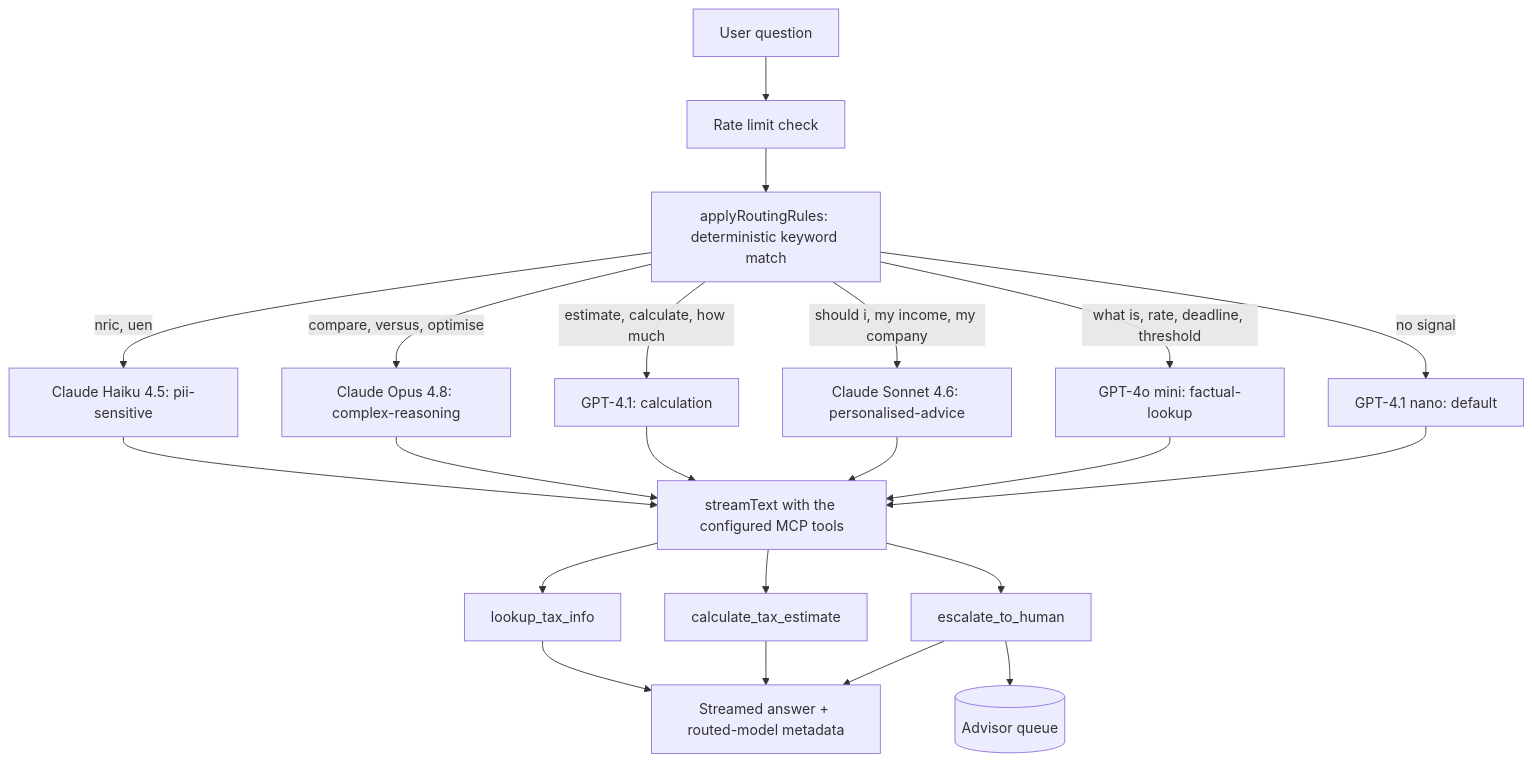
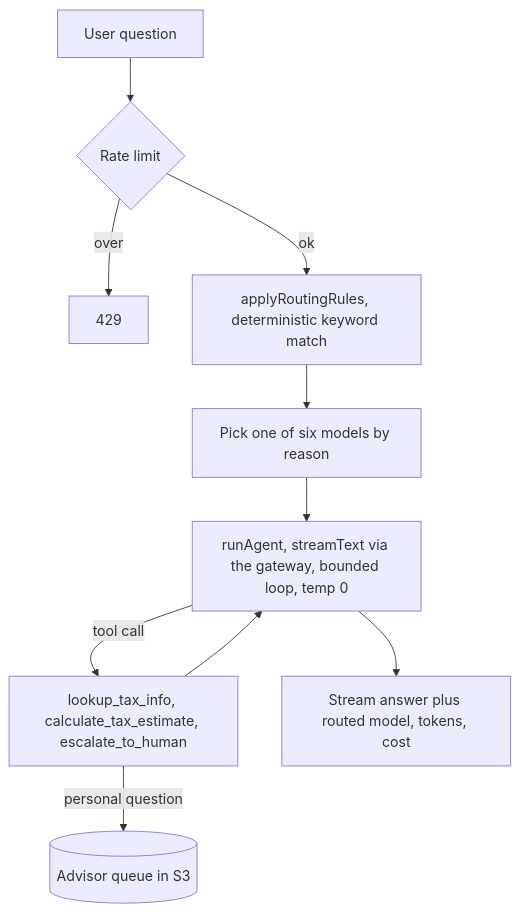
The first of 2 diagrams in README.md (elleskay/ai-tax-assistant-platform), drawn with Mermaid before and after one commit. The commit also changed other lines of this file, not shown here.

````diff
--- a/README.md
+++ b/README.md
@@ -158,27 +82,12 @@
 ```mermaid
 flowchart TD
-  Q[User question] --> RL[Rate limit check]
-  RL --> RULES[applyRoutingRules: deterministic keyword match]
-
-  RULES -->|nric, uen| HAIKU[Claude Haiku 4.5: pii-sensitive]
-  RULES -->|compare, versus, optimise| OPUS[Claude Opus 4.8: complex-reasoning]
-  RULES -->|estimate, calculate, how much| GPT41[GPT-4.1: calculation]
-  RULES -->|should i, my income, my company| SONNET[Claude Sonnet 4.6: personalised-advice]
-  RULES -->|what is, rate, deadline, threshold| MINI[GPT-4o mini: factual-lookup]
-  RULES -->|no signal| NANO[GPT-4.1 nano: default]
-
-  HAIKU --> GEN[streamText with the configured MCP tools]
-  OPUS --> GEN
-  GPT41 --> GEN
-  SONNET --> GEN
-  MINI --> GEN
-  NANO --> GEN
-
-  GEN --> T1[lookup_tax_info]
-  GEN --> T2[calculate_tax_estimate]
-  GEN --> T3[escalate_to_human]
-  T1 --> ANS[Streamed answer + routed-model metadata]
-  T2 --> ANS
-  T3 --> QUEUE[(Advisor queue)]
-  T3 --> ANS
+  Q[User question] --> RL{Rate limit}
+  RL -->|over| E429[429]
+  RL -->|ok| Rules[applyRoutingRules, deterministic keyword match]
+  Rules --> Pick[Pick one of six models by reason]
+  Pick --> Agent[runAgent, streamText via the gateway, bounded loop, temp 0]
+  Agent -->|tool call| Tools[lookup_tax_info, calculate_tax_estimate, escalate_to_human]
+  Tools --> Agent
+  Agent --> Stream[Stream answer plus routed model, tokens, cost]
+  Tools -->|personal question| Queue[(Advisor queue in S3)]
 ```
````
